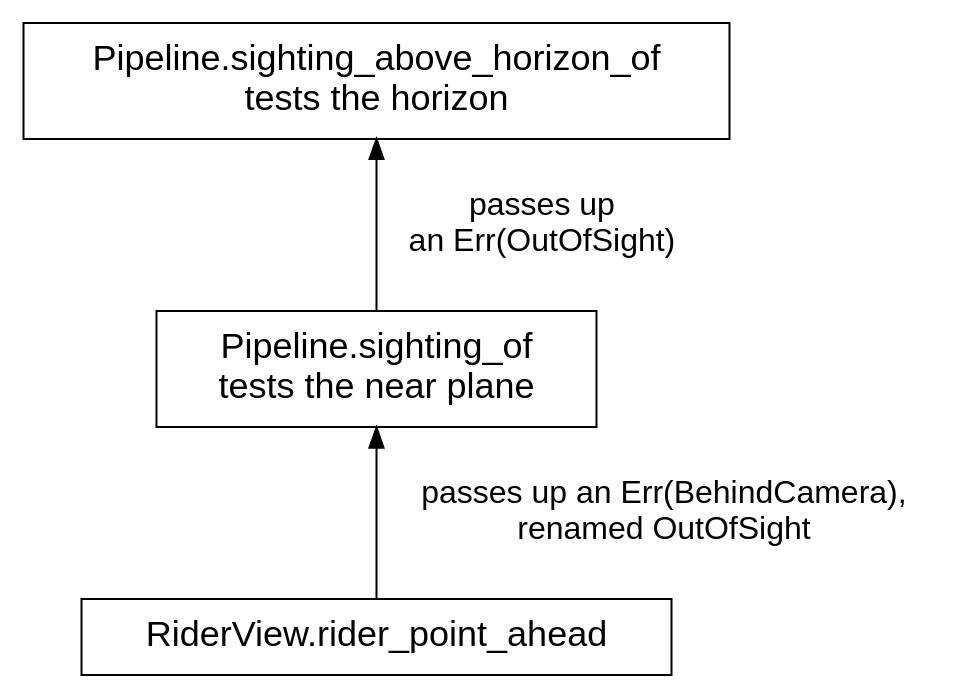
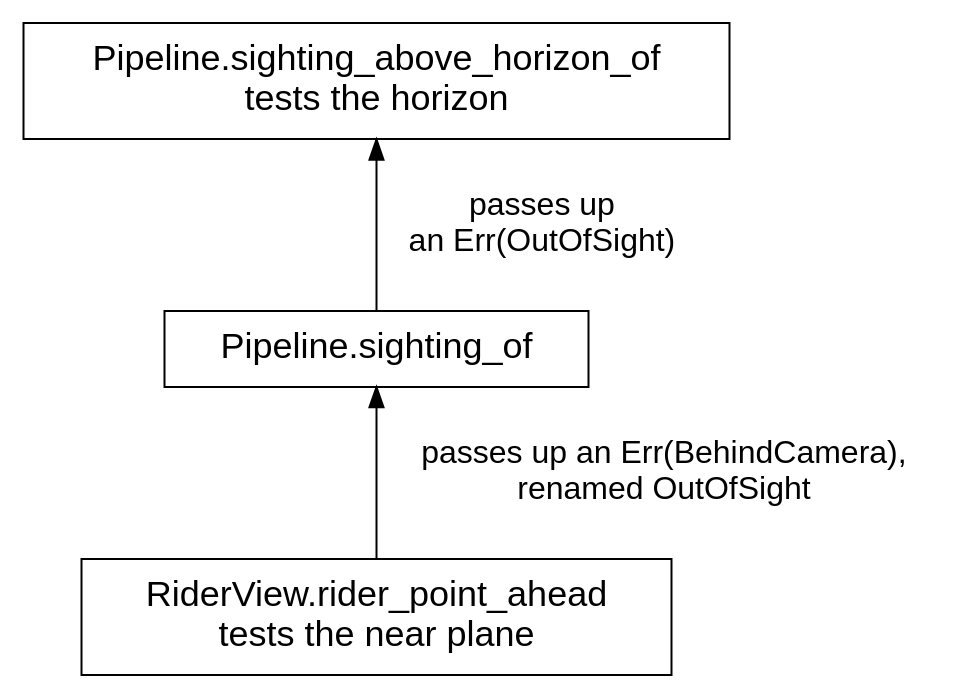
Before and after one commit to showell/roc-apps: the fourth of 31 diagrams in canvas_apps/safari/tutorial/tutorial.md, drawn with Graphviz. The commit also changed other lines of this file, not shown here.

````diff
--- a/canvas_apps/safari/tutorial/tutorial.md
+++ b/canvas_apps/safari/tutorial/tutorial.md
@@ -674,14 +674,14 @@
 ```dot
 digraph refusal {
   rankdir=TB;
   nodesep=0.6;
   ranksep=0.7;
   node [shape=box, fontname="Helvetica", fontsize=18, margin="0.25,0.12"];
   edge [fontname="Helvetica", fontsize=16];
   horizon [label="Pipeline.sighting_above_horizon_of\ntests the horizon"];
-  sighting [label="Pipeline.sighting_of\ntests the near plane"];
-  ahead [label="RiderView.rider_point_ahead"];
+  sighting [label="Pipeline.sighting_of"];
+  ahead [label="RiderView.rider_point_ahead\ntests the near plane"];
   horizon -> sighting [dir=back, label="  passes up\n  an Err(OutOfSight)"];
   sighting -> ahead [dir=back, label="  passes up an Err(BehindCamera),\n  renamed OutOfSight"];
 }
 ```
````
